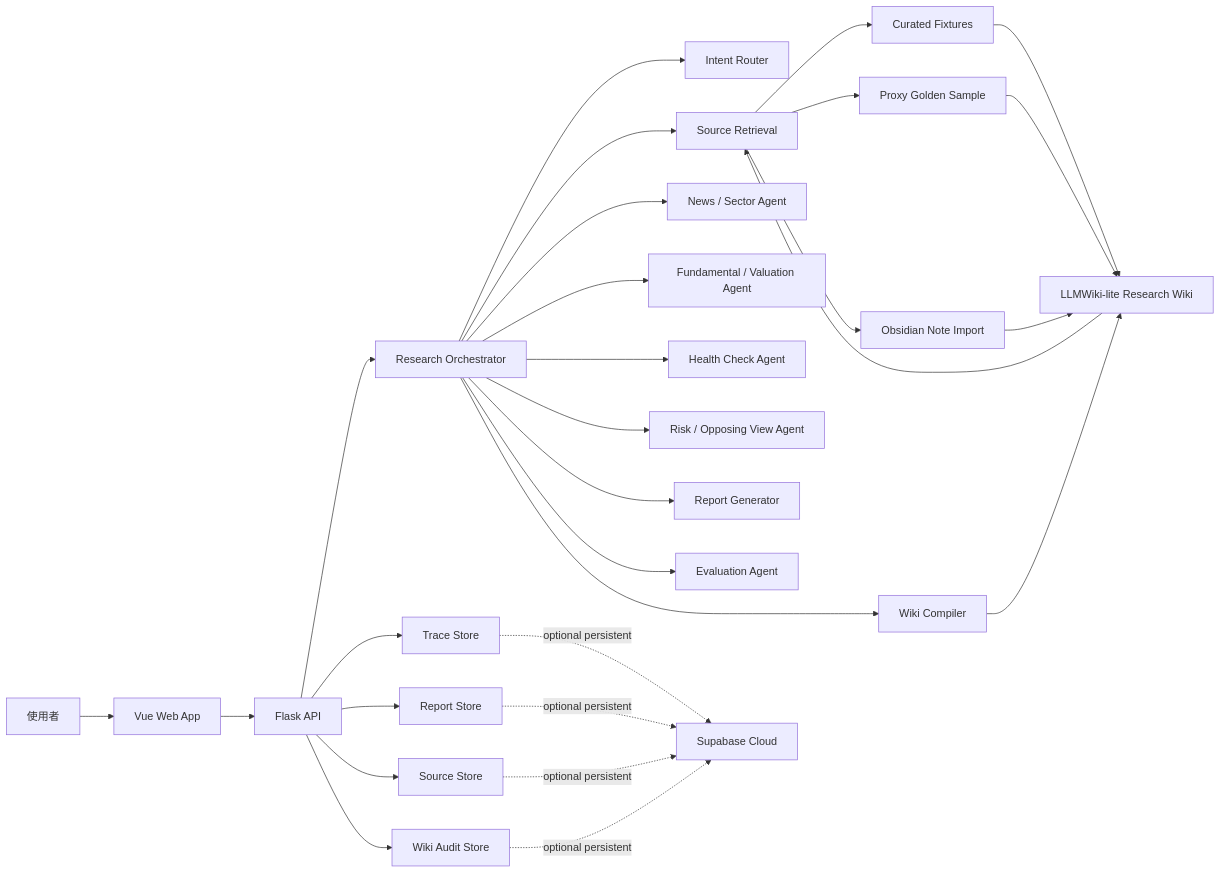
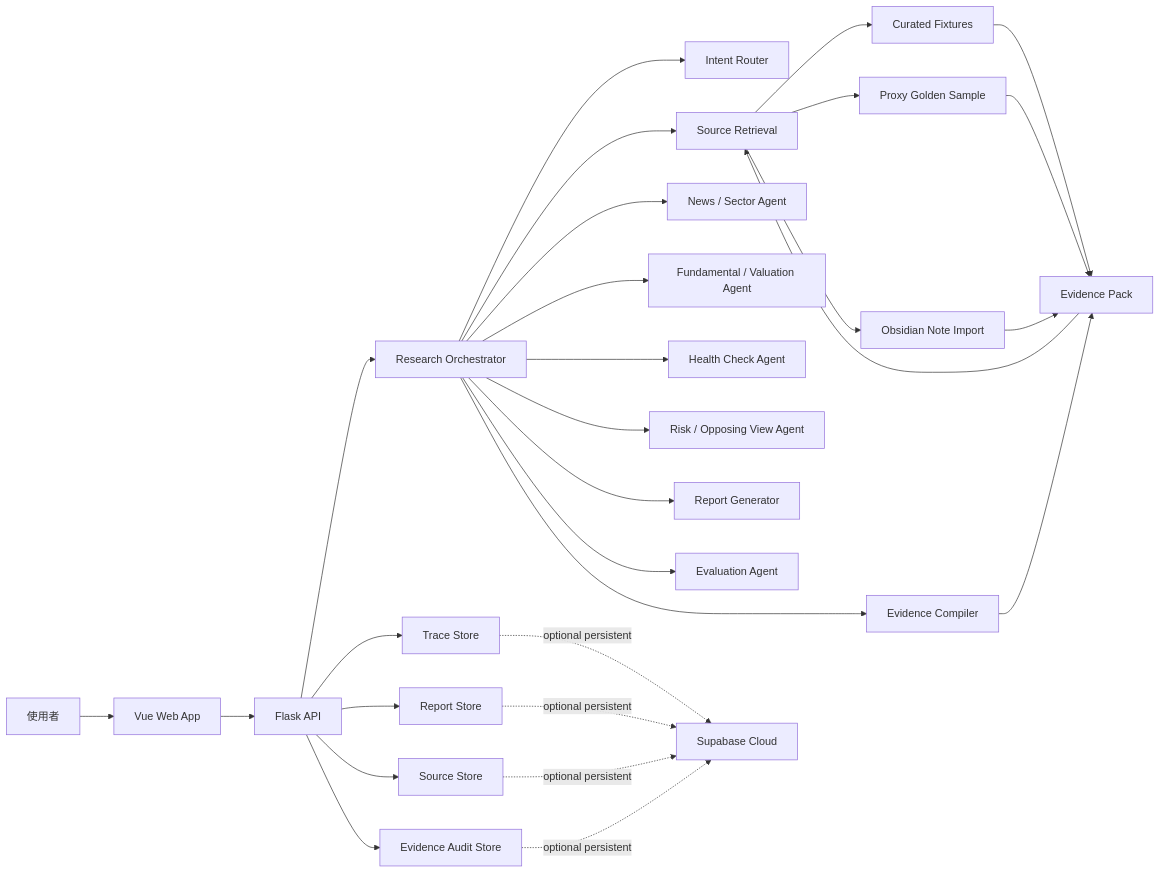
Before and after one commit to DancinAndrew/personal-finance-multi-agent-system: the first of 2 diagrams in openspec/changes/personal-finance-multi-agent-system/design.md, drawn with Mermaid. The commit also changed other lines of this file and 20 other files, not shown here.

Commit message:
refactor: replace llm wiki naming with evidence pack

````diff
--- a/openspec/changes/personal-finance-multi-agent-system/design.md
+++ b/openspec/changes/personal-finance-multi-agent-system/design.md
@@ -58,35 +58,35 @@
 ```mermaid
 flowchart LR
   User["使用者"] --> Vue["Vue Web App"]
   Vue --> Flask["Flask API"]
 
   Flask --> Orchestrator["Research Orchestrator"]
   Orchestrator --> Router["Intent Router"]
   Orchestrator --> Retrieval["Source Retrieval"]
   Orchestrator --> NewsAgent["News / Sector Agent"]
   Orchestrator --> FundamentalAgent["Fundamental / Valuation Agent"]
   Orchestrator --> HealthAgent["Health Check Agent"]
   Orchestrator --> RiskAgent["Risk / Opposing View Agent"]
   Orchestrator --> ReportAgent["Report Generator"]
   Orchestrator --> EvalAgent["Evaluation Agent"]
-  Orchestrator --> WikiCompiler["Wiki Compiler"]
+  Orchestrator --> EvidenceCompiler["Evidence Compiler"]
 
   Retrieval --> CuratedData["Curated Fixtures"]
   Retrieval --> GoldenSample["Proxy Golden Sample"]
   Retrieval --> Obsidian["Obsidian Note Import"]
-  CuratedData --> ResearchWiki["LLMWiki-lite Research Wiki"]
-  GoldenSample --> ResearchWiki
-  Obsidian --> ResearchWiki
-  WikiCompiler --> ResearchWiki
-  ResearchWiki --> Retrieval
+  CuratedData --> ResearchEvidence["Evidence Pack"]
+  GoldenSample --> ResearchEvidence
+  Obsidian --> ResearchEvidence
+  EvidenceCompiler --> ResearchEvidence
+  ResearchEvidence --> Retrieval
 
   Flask --> TraceStore["Trace Store"]
   Flask --> ReportStore["Report Store"]
   Flask --> SourceStore["Source Store"]
-  Flask --> AuditStore["Wiki Audit Store"]
+  Flask --> AuditStore["Evidence Audit Store"]
 
   TraceStore -. "optional persistent" .-> Supabase["Supabase Cloud"]
   ReportStore -. "optional persistent" .-> Supabase
   SourceStore -. "optional persistent" .-> Supabase
   AuditStore -. "optional persistent" .-> Supabase
 ```
````
